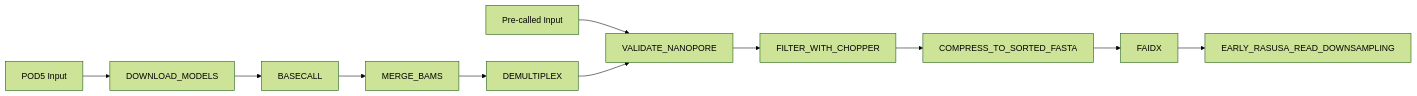
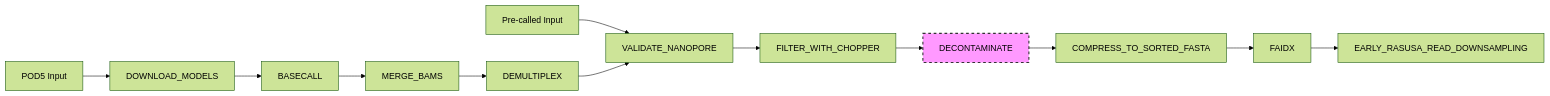
Before and after one commit to nrminor/oneroof: the third of 13 diagrams in docs/pipeline_architecture.md, drawn with Mermaid (forest theme). The commit also changed other lines of this file and 18 other files, not shown here.

````diff
--- a/docs/pipeline_architecture.md
+++ b/docs/pipeline_architecture.md
@@ -129,14 +146,17 @@
 ``` mermaid
 graph LR
     A[POD5 Input] --> B[DOWNLOAD_MODELS]
     B --> C[BASECALL]
     C --> D[MERGE_BAMS]
     D --> E[DEMULTIPLEX]
 
     F[Pre-called Input] --> G[VALIDATE_NANOPORE]
     E --> G
     G --> H[FILTER_WITH_CHOPPER]
-    H --> I[COMPRESS_TO_SORTED_FASTA]
-    I --> J[FAIDX]
-    J --> K[EARLY_RASUSA_READ_DOWNSAMPLING]
+    H --> I[DECONTAMINATE]
+    I --> J[COMPRESS_TO_SORTED_FASTA]
+    J --> K[FAIDX]
+    K --> L[EARLY_RASUSA_READ_DOWNSAMPLING]
+
+    style I fill:#f9f,stroke:#333,stroke-width:2px,stroke-dasharray: 5 5
 ```
````
